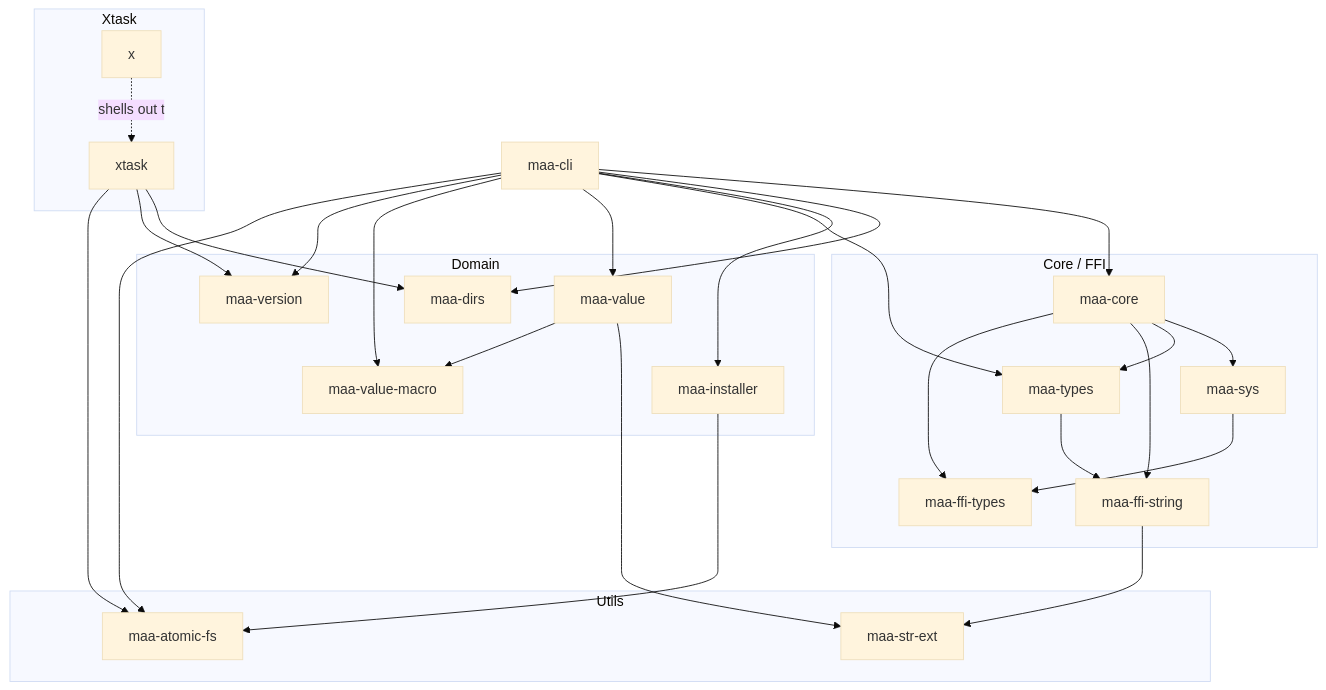
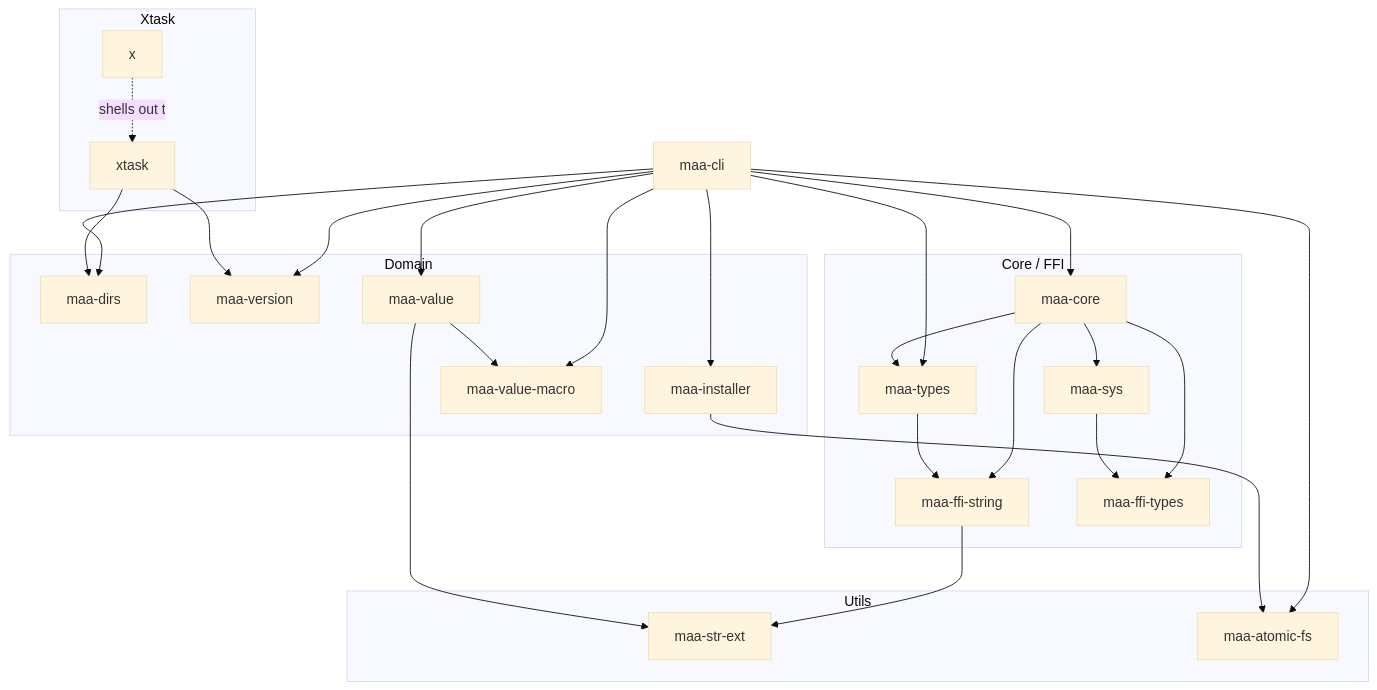
The diagram in AGENTS.md (MaaAssistantArknights/maa-cli), drawn with Mermaid (base theme) before and after one commit. The commit also changed 4 other files, not shown here.

````diff
--- a/AGENTS.md
+++ b/AGENTS.md
@@ -14,57 +14,56 @@
 ```mermaid
 graph TD
     CLI["maa-cli"]
 
     subgraph Domain
         DIRS["maa-dirs"]
         VERSION["maa-version"]
         INSTALLER["maa-installer"]
         VALUE["maa-value"]
         VALMACRO["maa-value-macro"]
     end
 
     subgraph Core["Core / FFI"]
         CORE["maa-core"]
         SYS["maa-sys"]
         FFISTR["maa-ffi-string"]
         TYPES["maa-types"]
         FFITYPES["maa-ffi-types"]
     end
 
     subgraph Utils
         STREXT["maa-str-ext"]
         ATOMICFS["maa-atomic-fs"]
     end
     
     subgraph Xtask
         XTASK["xtask"]
         X["x"]
     end
 
     CLI --> CORE
     CLI --> DIRS
     CLI --> INSTALLER
     CLI --> TYPES
     CLI --> VALUE
     CLI --> VALMACRO
     CLI --> VERSION
     CLI --> ATOMICFS
 
     CORE --> SYS
     CORE --> TYPES
     CORE --> FFISTR
     CORE --> FFITYPES
 
     SYS --> FFITYPES
     TYPES --> FFISTR
 
     FFISTR --> STREXT
     VALUE --> STREXT
     VALUE --> VALMACRO
     INSTALLER --> ATOMICFS
     
     XTASK --> DIRS
     XTASK --> VERSION
-    XTASK --> ATOMICFS
     X -.shells out to.-> XTASK
 ```
````
